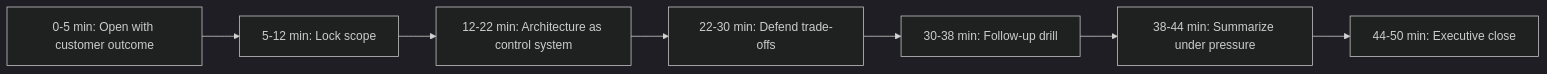
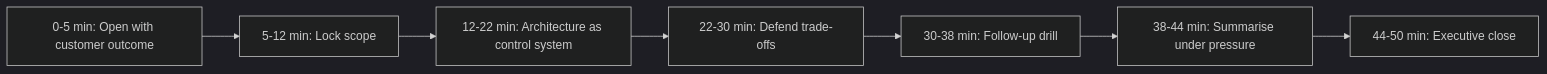
Before and after one commit to Sourav692/Forward-Deployed-Engineer-Interview-Prep: the second of 2 diagrams in site/content/modules/15-fde-case-studies/agents-that-act/tool-using-agent-with-safety-controls/full-pack-part-3.md, drawn with Mermaid (dark theme). The commit also changed 191 other files, not shown here.

First line of the commit message:
content: British spellings inside diagrams (AF-06)

````diff
--- a/site/content/modules/15-fde-case-studies/agents-that-act/tool-using-agent-with-safety-controls/full-pack-part-3.md
+++ b/site/content/modules/15-fde-case-studies/agents-that-act/tool-using-agent-with-safety-controls/full-pack-part-3.md
@@ -59,9 +59,9 @@
 ```mermaid
 flowchart LR
   A["0-5 min: Open with customer outcome"] --> B["5-12 min: Lock scope"]
   B --> C["12-22 min: Architecture as control system"]
   C --> D["22-30 min: Defend trade-offs"]
   D --> E["30-38 min: Follow-up drill"]
-  E --> F["38-44 min: Summarize under pressure"]
+  E --> F["38-44 min: Summarise under pressure"]
   F --> G["44-50 min: Executive close"]
 ```
````
